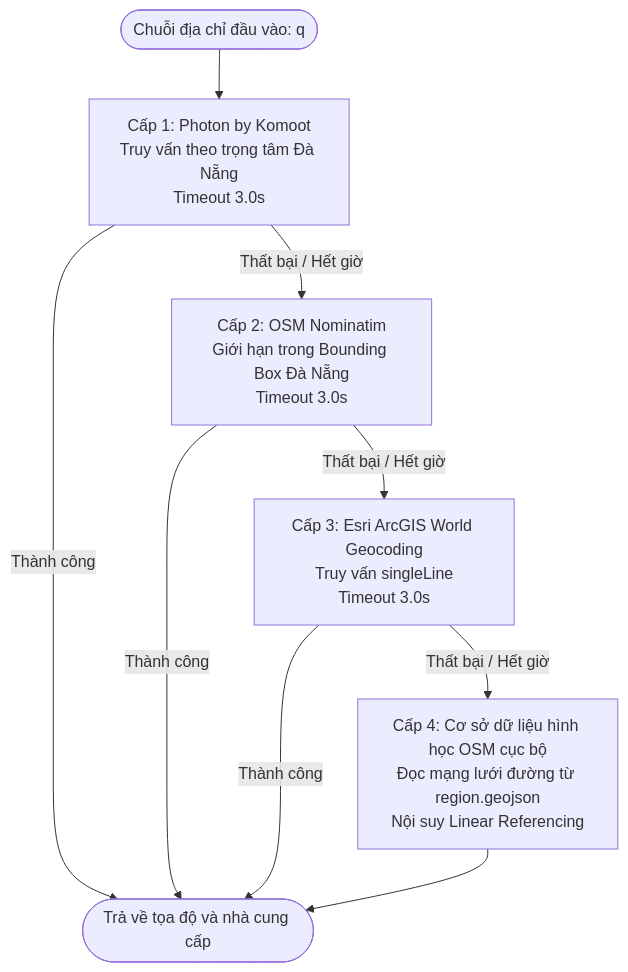
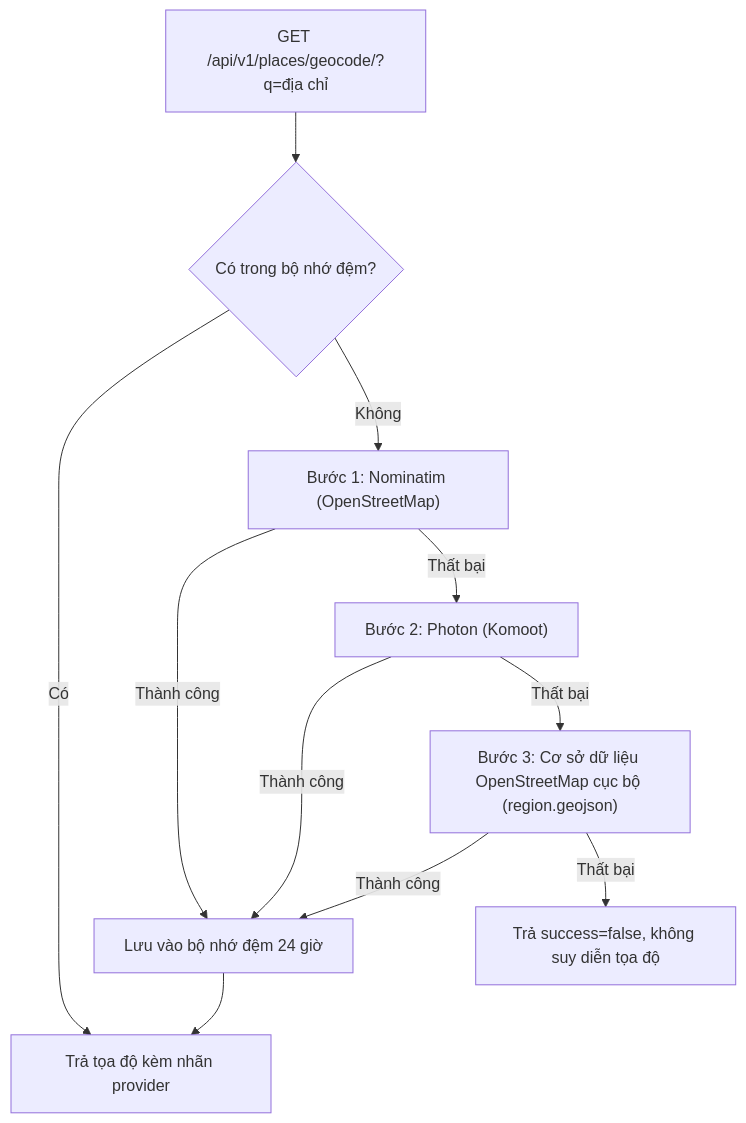
Before and after one commit to longqt321/Rendez-PBL6: diagram 20 of 24 in docs/report/bao-cao-pbl6.md, drawn with Mermaid. The commit also changed other lines of this file and 25 other files, not shown here.

````diff
--- a/docs/report/bao-cao-pbl6.md
+++ b/docs/report/bao-cao-pbl6.md
@@ -1746,11 +791,13 @@
 ```mermaid
 flowchart TD
-    Req([Chuỗi địa chỉ đầu vào: q]) --> P1[Cấp 1: Photon by Komoot\nTruy vấn theo trọng tâm Đà Nẵng\nTimeout 3.0s]
-    P1 -- Thành công --> Ret([Trả về tọa độ và nhà cung cấp])
-    P1 -- Thất bại / Hết giờ --> P2[Cấp 2: OSM Nominatim\nGiới hạn trong Bounding Box Đà Nẵng\nTimeout 3.0s]
-    P2 -- Thành công --> Ret
-    P2 -- Thất bại / Hết giờ --> P3[Cấp 3: Esri ArcGIS World Geocoding\nTruy vấn singleLine\nTimeout 3.0s]
-    P3 -- Thành công --> Ret
-    P3 -- Thất bại / Hết giờ --> P4[Cấp 4: Cơ sở dữ liệu hình học OSM cục bộ\nĐọc mạng lưới đường từ region.geojson\nNội suy Linear Referencing]
-    P4 --> Ret
+    q["GET /api/v1/places/geocode/?q=địa chỉ"] --> c{"Có trong bộ nhớ đệm?"}
+    c -- "Có" --> r["Trả tọa độ kèm nhãn provider"]
+    c -- "Không" --> s1["Bước 1: Nominatim (OpenStreetMap)"]
+    s1 -- "Thành công" --> w["Lưu vào bộ nhớ đệm 24 giờ"]
+    s1 -- "Thất bại" --> s2["Bước 2: Photon (Komoot)"]
+    s2 -- "Thành công" --> w
+    s2 -- "Thất bại" --> s3["Bước 3: Cơ sở dữ liệu OpenStreetMap cục bộ (region.geojson)"]
+    s3 -- "Thành công" --> w
+    s3 -- "Thất bại" --> f["Trả success=false, không suy diễn tọa độ"]
+    w --> r
 ```
````
